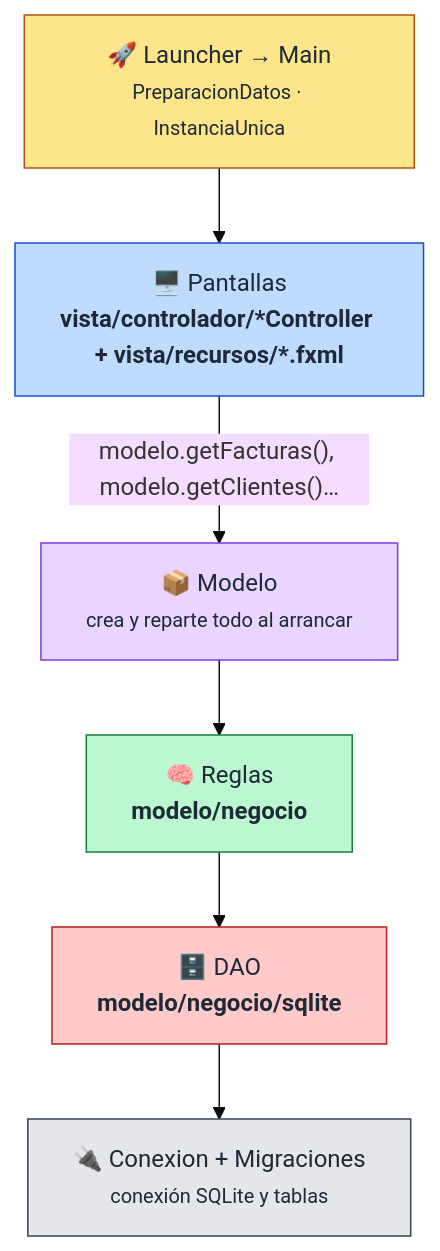
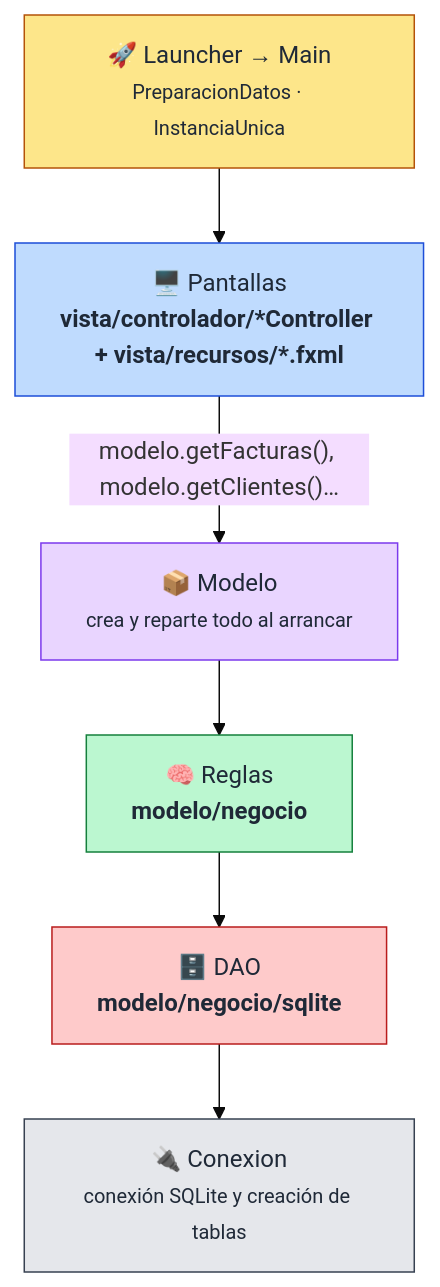
The first of 3 diagrams in docs/tecnico.md (jribanezgarcia/factura_prueba), drawn with Mermaid (base theme) before and after one commit. The commit also changed other lines of this file and 19 other files, not shown here.

Commit message:
refactor: crear tablas sin versiones ni migraciones

````diff
--- a/docs/tecnico.md
+++ b/docs/tecnico.md
@@ -26,16 +26,16 @@
 ```mermaid
 flowchart TD
     A["🚀 Launcher → Main<br/><small>PreparacionDatos · InstanciaUnica</small>"] --> B
     B["🖥️ Pantallas<br/><b>vista/controlador/*Controller + vista/recursos/*.fxml</b>"] -->|"modelo.getFacturas(), modelo.getClientes()…"| C
     C["📦 Modelo<br/><small>crea y reparte todo al arrancar</small>"] --> D
     D["🧠 Reglas<br/><b>modelo/negocio</b>"] --> E
     E["🗄️ DAO<br/><b>modelo/negocio/sqlite</b>"] --> F
-    F["🔌 Conexion + Migraciones<br/><small>conexión SQLite y tablas</small>"]
+    F["🔌 Conexion<br/><small>conexión SQLite y creación de tablas</small>"]
 
     style A fill:#FDE68A,stroke:#B45309,color:#1F2937
     style B fill:#BFDBFE,stroke:#1D4ED8,color:#1F2937
     style C fill:#E9D5FF,stroke:#7C3AED,color:#1F2937
     style D fill:#BBF7D0,stroke:#15803D,color:#1F2937
     style E fill:#FECACA,stroke:#B91C1C,color:#1F2937
     style F fill:#E5E7EB,stroke:#374151,color:#1F2937
 ```
````
